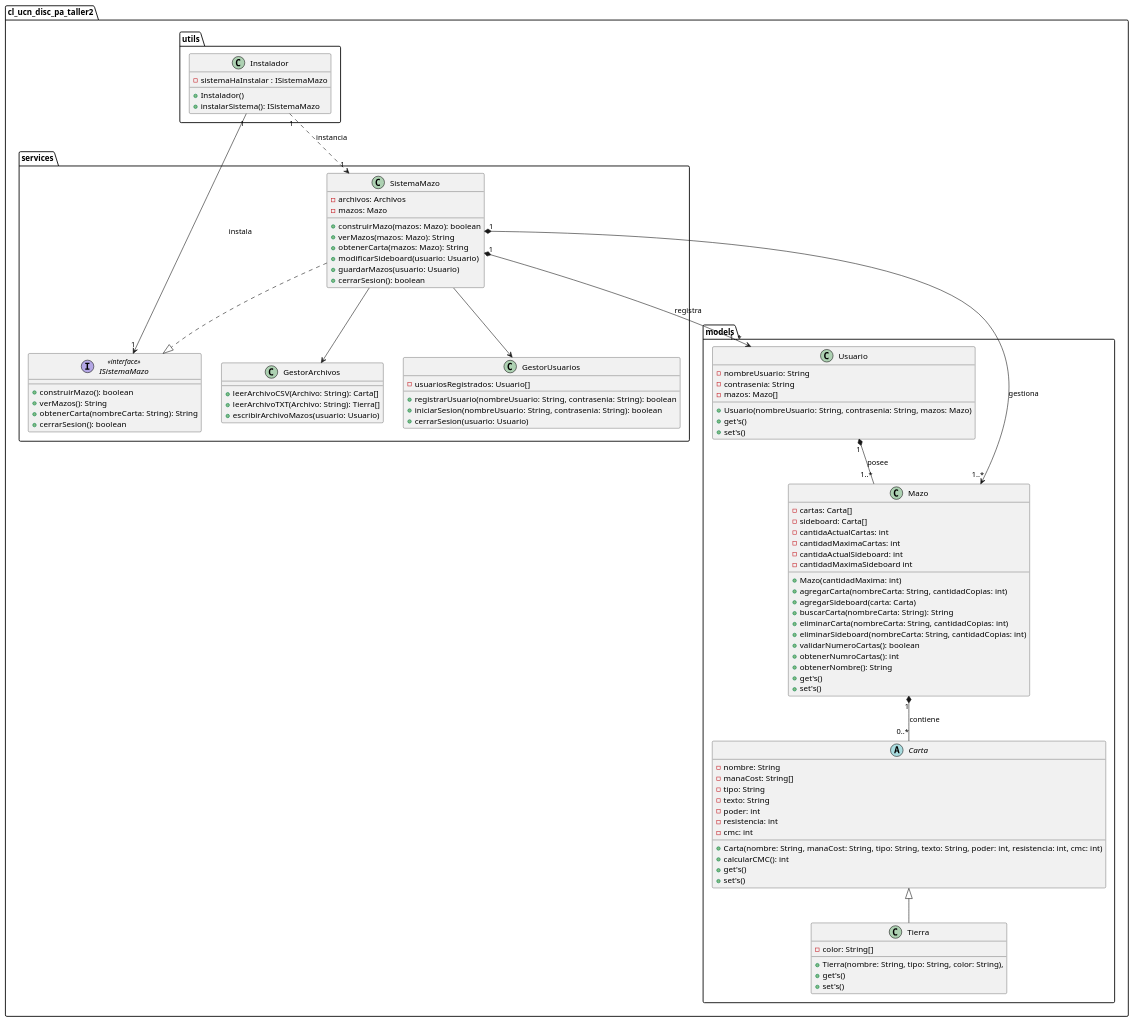
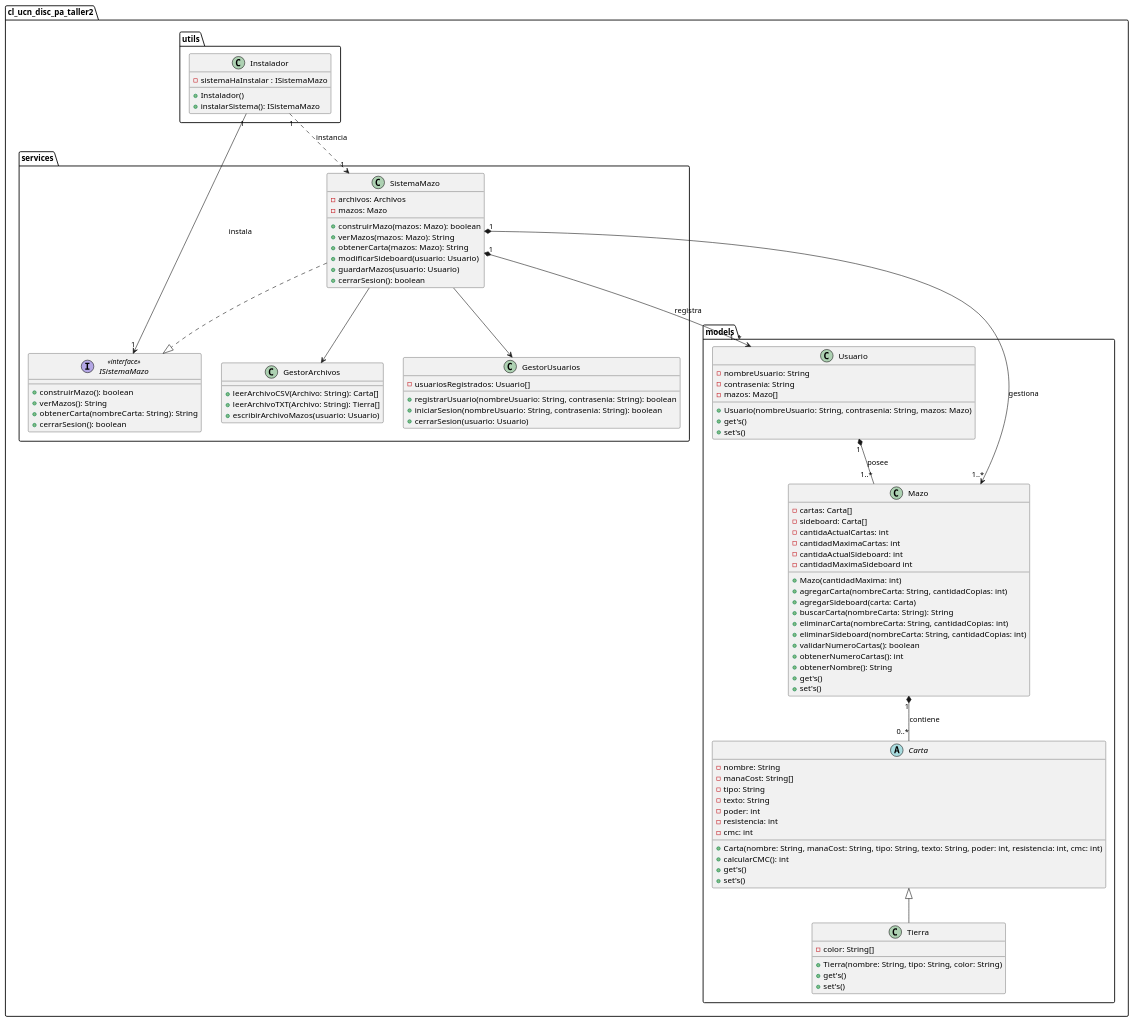
Before and after one commit to Francocooo/-PA-Taller2_OlivosFranco: the diagram in src/Diagrama de clases.puml, drawn with PlantUML. The commit also changed 11 other files, not shown here.

```diff
--- a/src/Diagrama de clases.puml
+++ b/src/Diagrama de clases.puml
@@ -1,124 +1,124 @@
 @startuml
 'https://plantuml.com/sequence-diagram
 
 package cl_ucn_disc_pa_taller2 {
 
 package models {
 
 abstract class Carta {
 - nombre: String
 - manaCost: String[]
 - tipo: String
 - texto: String
 - poder: int
 - resistencia: int
 - cmc: int
 
 + Carta(nombre: String, manaCost: String, tipo: String, texto: String, poder: int, resistencia: int, cmc: int)
 + calcularCMC(): int
 + get's()
 + set's()
 }
 
 class Tierra extends Carta{
 - color: String[]
-+ Tierra(nombre: String, tipo: String, color: String),
++ Tierra(nombre: String, tipo: String, color: String)
 + get's()
 + set's()
 }
 
 
 class Mazo {
 - cartas: Carta[]
 - sideboard: Carta[]
 - cantidaActualCartas: int
 - cantidadMaximaCartas: int
 - cantidaActualSideboard: int
 - cantidadMaximaSideboard int
 
 + Mazo(cantidadMaxima: int)
 + agregarCarta(nombreCarta: String, cantidadCopias: int)
 + agregarSideboard(carta: Carta)
 + buscarCarta(nombreCarta: String): String
 + eliminarCarta(nombreCarta: String, cantidadCopias: int)
 + eliminarSideboard(nombreCarta: String, cantidadCopias: int)
 + validarNumeroCartas(): boolean
-+ obtenerNumroCartas(): int
++ obtenerNumeroCartas(): int
 + obtenerNombre(): String
 + get's()
 + set's()
 
 }
 class Usuario {
 - nombreUsuario: String
 - contrasenia: String
 - mazos: Mazo[]
 + Usuario(nombreUsuario: String, contrasenia: String, mazos: Mazo)
 + get's()
 + set's()
 
 }
 
 }
 
 package services {
 
 interface ISistemaMazo <<interface>> {
     + construirMazo(): boolean
     + verMazos(): String
     + obtenerCarta(nombreCarta: String): String
     + cerrarSesion(): boolean
 }
 
 class SistemaMazo {
 - archivos: Archivos
 - mazos: Mazo
 
 + construirMazo(mazos: Mazo): boolean
 + verMazos(mazos: Mazo): String
 + obtenerCarta(mazos: Mazo): String
 + modificarSideboard(usuario: Usuario)
 + guardarMazos(usuario: Usuario)
 + cerrarSesion(): boolean
 }
 
 class GestorArchivos {
 + leerArchivoCSV(Archivo: String): Carta[]
 + leerArchivoTXT(Archivo: String): Tierra[]
 + escribirArchivoMazos(usuario: Usuario)
 }
 
 class GestorUsuarios {
 - usuariosRegistrados: Usuario[]
 
 + registrarUsuario(nombreUsuario: String, contrasenia: String): boolean
 + iniciarSesion(nombreUsuario: String, contrasenia: String): boolean
 + cerrarSesion(usuario: Usuario)
 }
 }
 
 
 package utils {
 class Instalador {
 - sistemaHaInstalar : ISistemaMazo
 + Instalador()
 + instalarSistema(): ISistemaMazo
 }
 
 Instalador "1" ..> "1" SistemaMazo : instancia
 Instalador "1" --> "1" ISistemaMazo : instala
 
 SistemaMazo ..|> ISistemaMazo
 SistemaMazo --> GestorArchivos
 SistemaMazo --> GestorUsuarios
 
 SistemaMazo "1" *--> "1..*" Mazo: gestiona
 SistemaMazo "1" *--> "1..*" Usuario: registra
 
 Usuario "1" *-- "1..*" Mazo: posee
 Mazo "1" *-- "0..*" Carta: contiene
 
 }
 }
 
 @enduml
```
